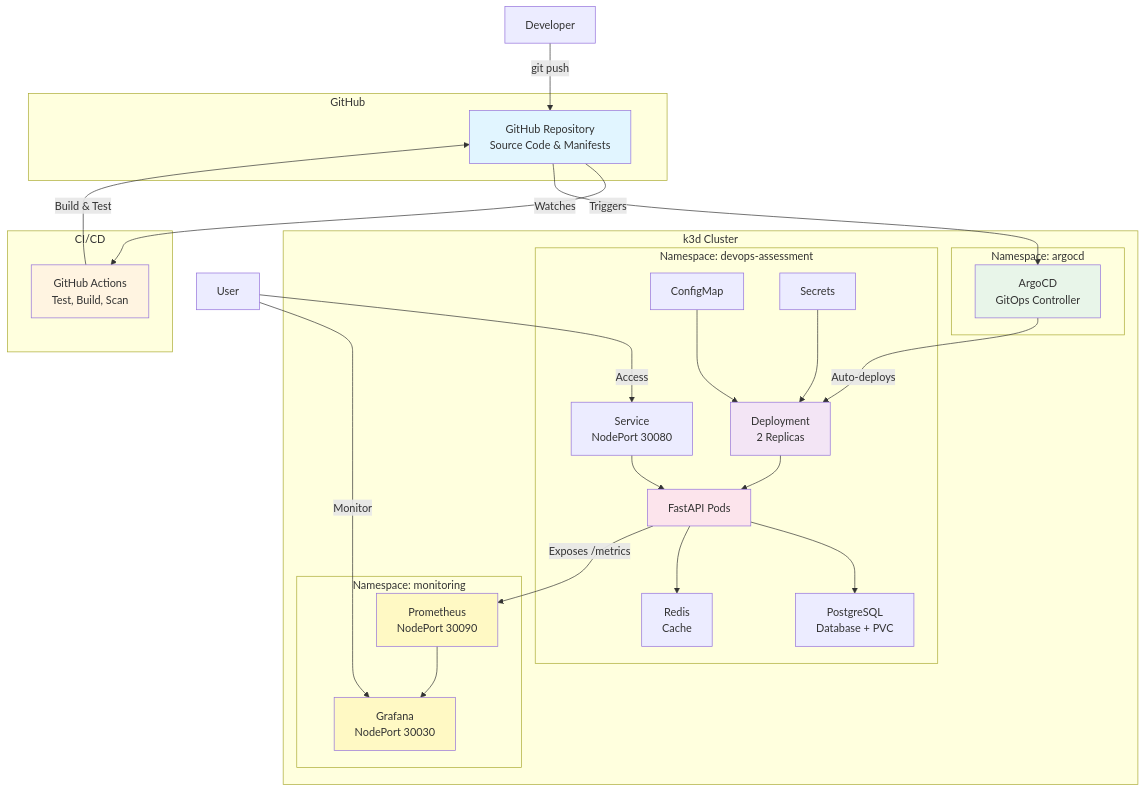
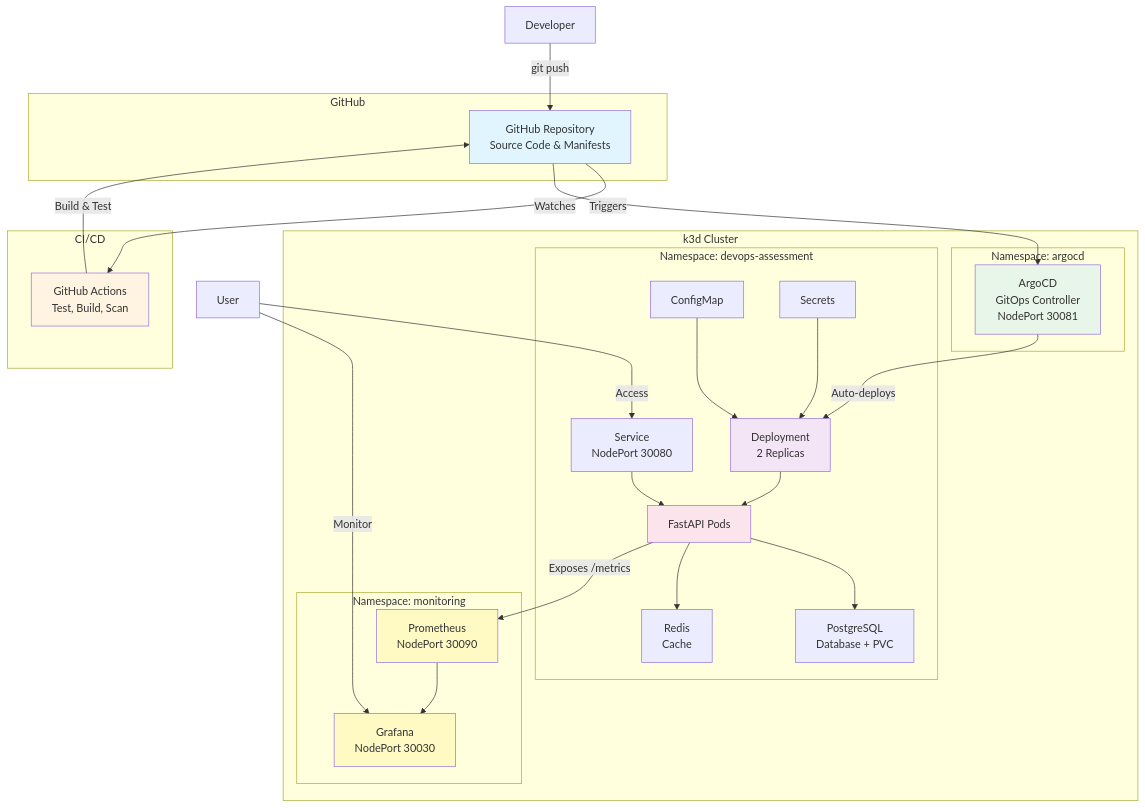
The diagram in README.md (jardahrazdera/devops-assessment), drawn with Mermaid before and after one commit. The commit also changed other lines of this file, not shown here.

Commit message:
docs: update README.md mermaid diagram for more accuracy

````diff
--- a/README.md
+++ b/README.md
@@ -35,57 +37,57 @@
 ```mermaid
 graph TB
     subgraph "GitHub"
         REPO[GitHub Repository<br/>Source Code & Manifests]
     end
 
     subgraph "CI/CD"
         GHA[GitHub Actions<br/>Test, Build, Scan]
     end
 
     subgraph "k3d Cluster"
         subgraph "Namespace: argocd"
-            ARGOCD[ArgoCD<br/>GitOps Controller]
+            ARGOCD[ArgoCD<br/>GitOps Controller<br/>NodePort 30081]
         end
 
         subgraph "Namespace: devops-assessment"
             DEPLOY[Deployment<br/>2 Replicas]
             SVC[Service<br/>NodePort 30080]
             CM[ConfigMap]
             SECRET[Secrets]
             APP[FastAPI Pods]
             PG[PostgreSQL<br/>Database + PVC]
             REDIS[Redis<br/>Cache]
 
             CM --> DEPLOY
             SECRET --> DEPLOY
             DEPLOY --> APP
             SVC --> APP
             APP --> PG
             APP --> REDIS
         end
 
         subgraph "Namespace: monitoring"
             PROM[Prometheus<br/>NodePort 30090]
             GRAFANA[Grafana<br/>NodePort 30030]
 
             PROM --> GRAFANA
         end
     end
 
     DEV[Developer] -->|git push| REPO
     REPO -->|Triggers| GHA
     GHA -->|Build & Test| REPO
     REPO -->|Watches| ARGOCD
     ARGOCD -->|Auto-deploys| DEPLOY
     APP -->|Exposes /metrics| PROM
     USER[User] -->|Access| SVC
     USER -->|Monitor| GRAFANA
 
     style REPO fill:#e1f5ff
     style GHA fill:#fff4e1
     style ARGOCD fill:#e8f5e9
     style DEPLOY fill:#f3e5f5
     style APP fill:#fce4ec
     style PROM fill:#fff9c4
     style GRAFANA fill:#fff9c4
 ```
````
